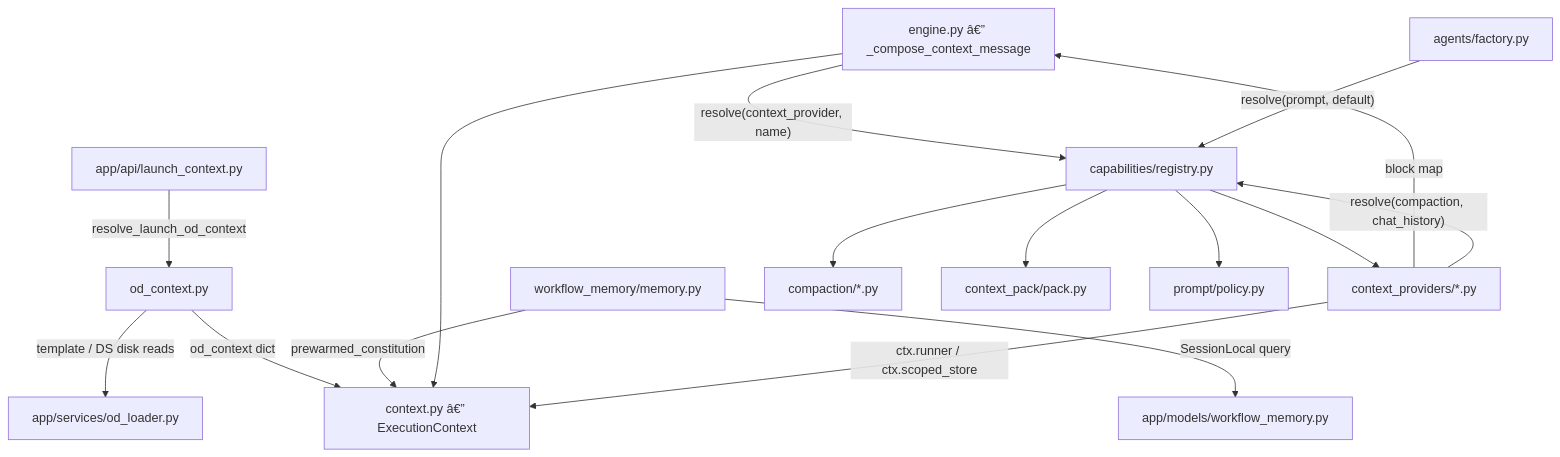
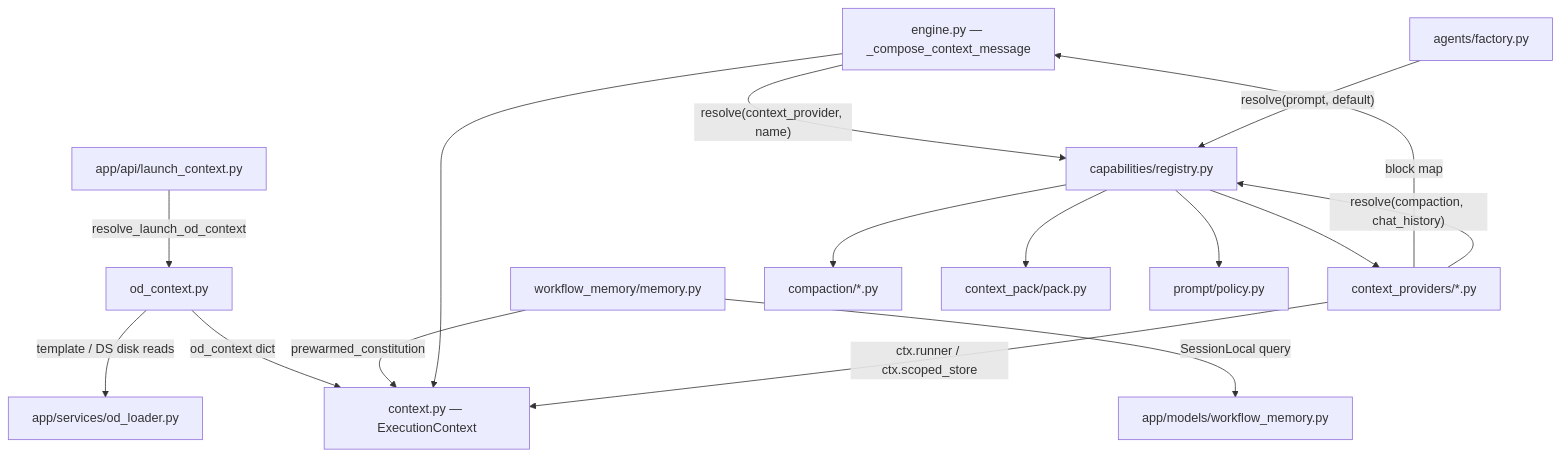
One commit to prateek-sinha7/IdeaFlowAI changed the sixth of 16 diagrams in .knowledge/ARCHITECTURE.md. Above: the diagram before and after it, drawn with Mermaid. The commit also changed other lines of this file and 4493 other files, not shown here.

````diff
--- a/.knowledge/ARCHITECTURE.md
+++ b/.knowledge/ARCHITECTURE.md
@@ -231,18 +234,18 @@
 ```mermaid
 flowchart TD
     launch["app/api/launch_context.py"] -->|"resolve_launch_od_context"| odctx["od_context.py"]
     odctx -->|"template / DS disk reads"| odloader["app/services/od_loader.py"]
-    odctx -->|"od_context dict"| ectx["context.py â€” ExecutionContext"]
+    odctx -->|"od_context dict"| ectx["context.py — ExecutionContext"]
     memory["workflow_memory/memory.py"] -->|"SessionLocal query"| db["app/models/workflow_memory.py"]
     memory -->|"prewarmed_constitution"| ectx
-    engine["engine.py â€” _compose_context_message"] --> ectx
+    engine["engine.py — _compose_context_message"] --> ectx
     engine -->|"resolve(context_provider, name)"| registry["capabilities/registry.py"]
     registry --> providers["context_providers/*.py"]
     providers -->|"ctx.runner / ctx.scoped_store"| ectx
     providers -->|"block map"| engine
     providers -->|"resolve(compaction, chat_history)"| registry
     registry --> compaction["compaction/*.py"]
     registry --> pack["context_pack/pack.py"]
     factory["agents/factory.py"] -->|"resolve(prompt, default)"| registry
     registry --> policy["prompt/policy.py"]
 ```
````
